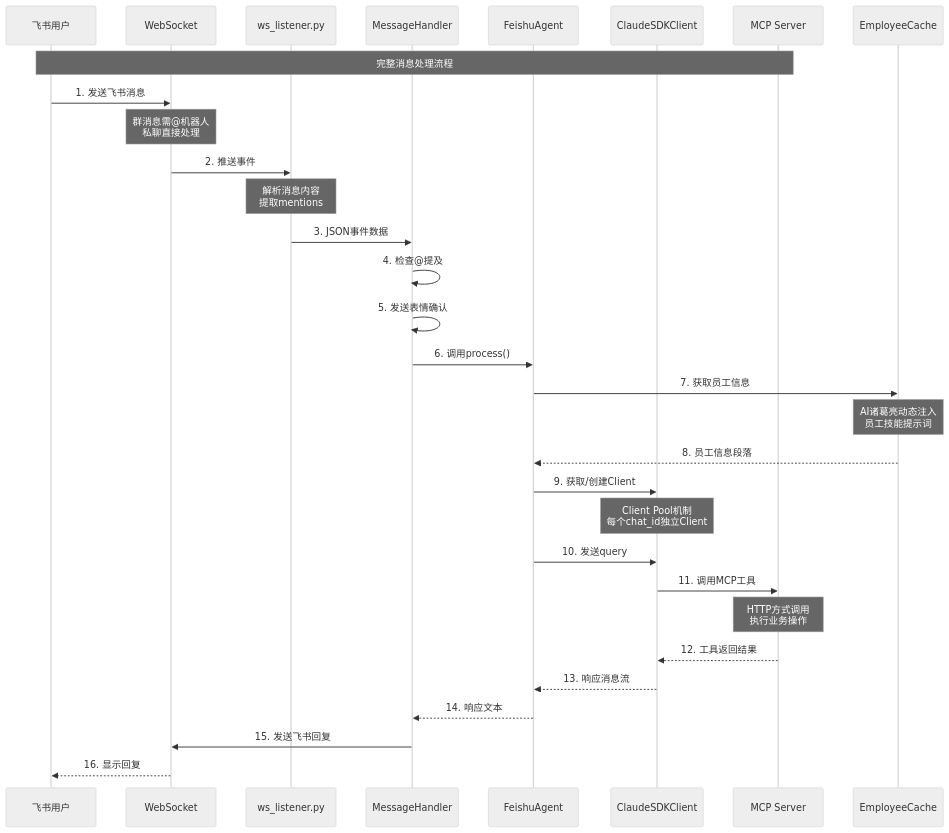
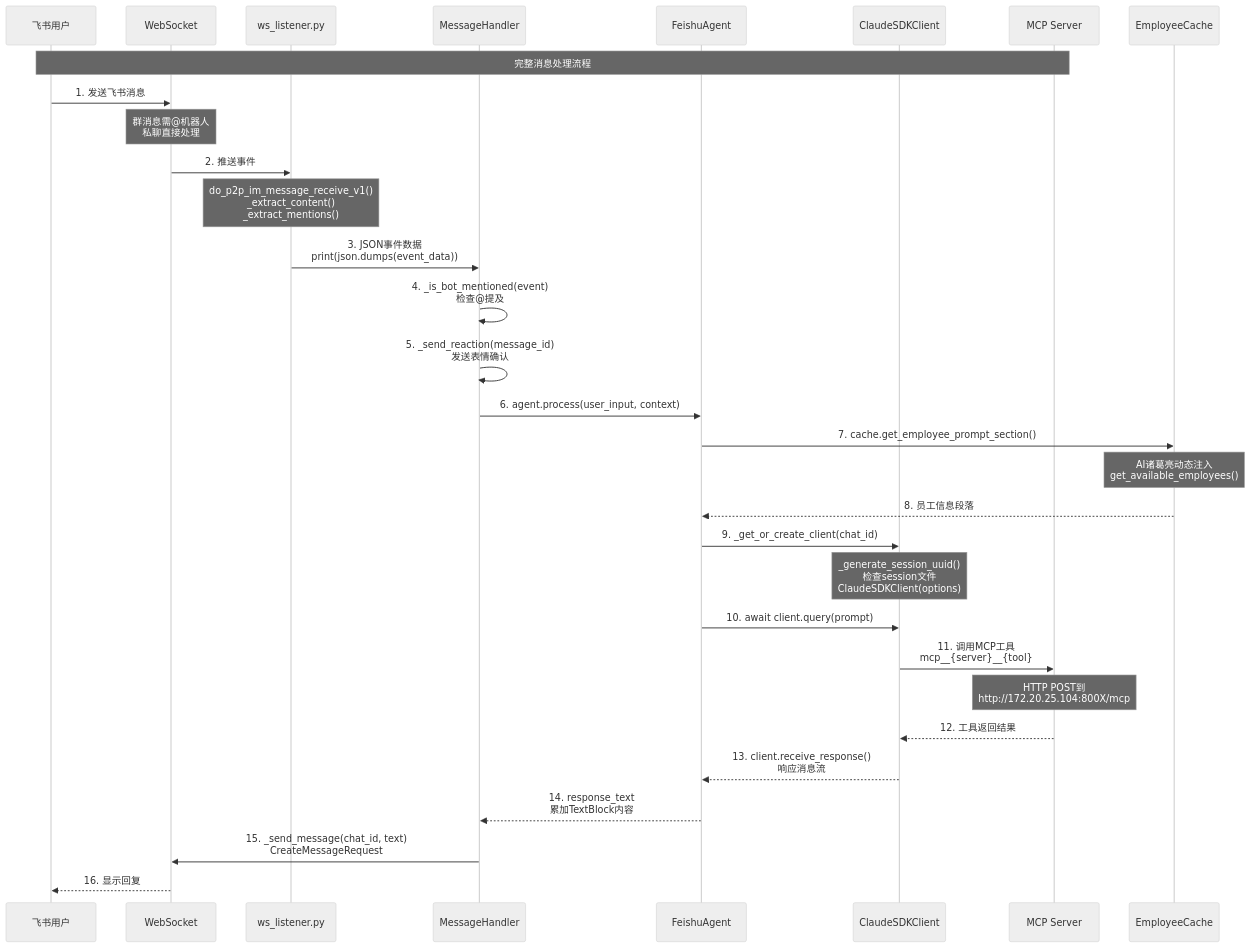
Before and after one commit to xiaocaipi/mm-doc: the third of 8 diagrams in agent/code_flow_analysis_feishu_agent_deep.md, drawn with Mermaid (neutral theme). The commit also changed other lines of this file, not shown here.

````diff
--- a/agent/code_flow_analysis_feishu_agent_deep.md
+++ b/agent/code_flow_analysis_feishu_agent_deep.md
@@ -114,37 +114,37 @@
 ```mermaid
 sequenceDiagram
     participant User as 飞书用户
     participant WS as WebSocket
     participant Listener as ws_listener.py
     participant Handler as MessageHandler
     participant Agent as FeishuAgent
     participant SDK as ClaudeSDKClient
     participant MCP as MCP Server
     participant Cache as EmployeeCache
     
     Note over User,MCP: 完整消息处理流程
     
     User->>WS: 1. 发送飞书消息
     Note over WS: 群消息需@机器人<br/>私聊直接处理
     WS->>Listener: 2. 推送事件
-    Note over Listener: 解析消息内容<br/>提取mentions
-    Listener->>Handler: 3. JSON事件数据
-    Handler->>Handler: 4. 检查@提及
-    Handler->>Handler: 5. 发送表情确认
-    Handler->>Agent: 6. 调用process()
+    Note over Listener: do_p2p_im_message_receive_v1()<br/>_extract_content()<br/>_extract_mentions()
+    Listener->>Handler: 3. JSON事件数据<br/>print(json.dumps(event_data))
+    Handler->>Handler: 4. _is_bot_mentioned(event)<br/>检查@提及
+    Handler->>Handler: 5. _send_reaction(message_id)<br/>发送表情确认
+    Handler->>Agent: 6. agent.process(user_input, context)
     
-    Agent->>Cache: 7. 获取员工信息
-    Note over Cache: AI诸葛亮动态注入<br/>员工技能提示词
+    Agent->>Cache: 7. cache.get_employee_prompt_section()
+    Note over Cache: AI诸葛亮动态注入<br/>get_available_employees()
     Cache-->>Agent: 8. 员工信息段落
     
-    Agent->>SDK: 9. 获取/创建Client
-    Note over SDK: Client Pool机制<br/>每个chat_id独立Client
-    Agent->>SDK: 10. 发送query
-    SDK->>MCP: 11. 调用MCP工具
-    Note over MCP: HTTP方式调用<br/>执行业务操作
+    Agent->>SDK: 9. _get_or_create_client(chat_id)
+    Note over SDK: _generate_session_uuid()<br/>检查session文件<br/>ClaudeSDKClient(options)
+    Agent->>SDK: 10. await client.query(prompt)
+    SDK->>MCP: 11. 调用MCP工具<br/>mcp__{server}__{tool}
+    Note over MCP: HTTP POST到<br/>http://172.20.25.104:800X/mcp
     MCP-->>SDK: 12. 工具返回结果
-    SDK-->>Agent: 13. 响应消息流
-    Agent-->>Handler: 14. 响应文本
-    Handler->>WS: 15. 发送飞书回复
+    SDK-->>Agent: 13. client.receive_response()<br/>响应消息流
+    Agent-->>Handler: 14. response_text<br/>累加TextBlock内容
+    Handler->>WS: 15. _send_message(chat_id, text)<br/>CreateMessageRequest
     WS-->>User: 16. 显示回复
 ```
````
